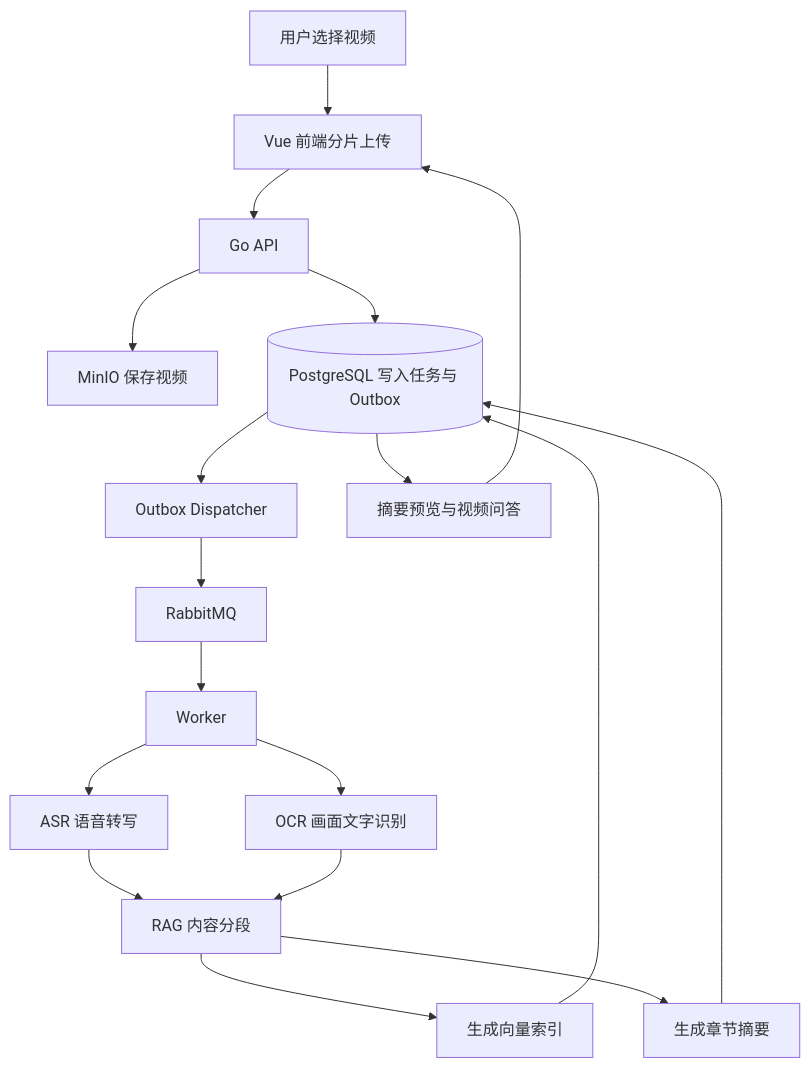
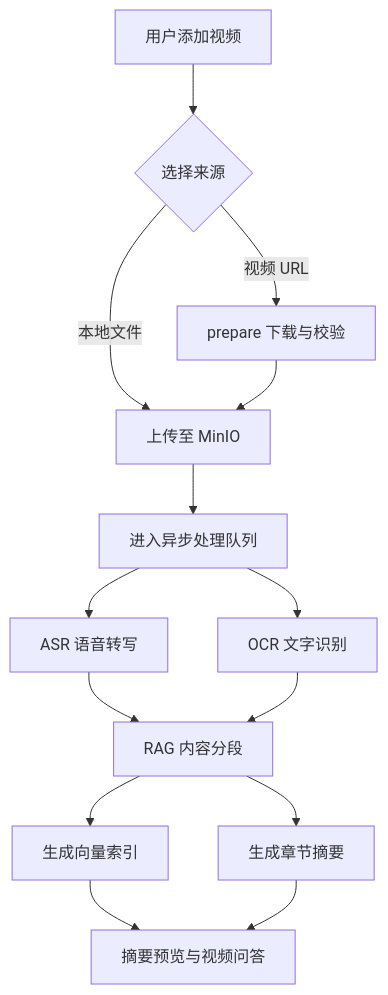
One commit to ffaw123/ReaderGo changed the diagram in README.md. Above: the diagram before and after it, drawn with Mermaid.

Commit message:
docs: README update

````diff
--- a/README.md
+++ b/README.md
@@ -59,20 +59,16 @@
 ```mermaid
 flowchart TD
-    U[用户选择视频] --> W[Vue 前端分片上传]
-    W --> A[Go API]
-    A --> M[MinIO 保存视频]
-    A --> D[(PostgreSQL 写入任务与 Outbox)]
-    D --> O[Outbox Dispatcher]
-    O --> Q[RabbitMQ]
-    Q --> K[Worker]
-    K --> S1[ASR 语音转写]
-    K --> S2[OCR 画面文字识别]
-    S1 --> R[RAG 内容分段]
-    S2 --> R
+    U[用户添加视频] --> T{选择来源}
+    T -->|本地文件| M[上传至 MinIO]
+    T -->|视频 URL| P[prepare 下载与校验]
+    P --> M
+    M --> Q[进入异步处理队列]
+    Q --> A[ASR 语音转写]
+    Q --> O[OCR 文字识别]
+    A --> R[RAG 内容分段]
+    O --> R
     R --> E[生成向量索引]
     R --> S[生成章节摘要]
-    E --> D
-    S --> D
-    D --> C[摘要预览与视频问答]
-    C --> W
+    E --> C[摘要预览与视频问答]
+    S --> C
 ```
````
